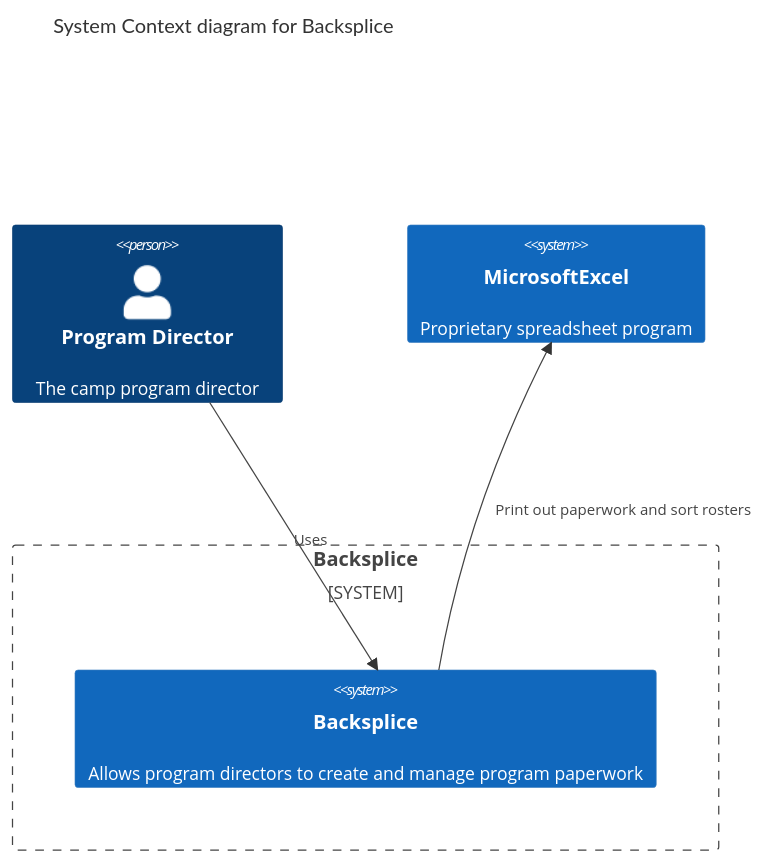
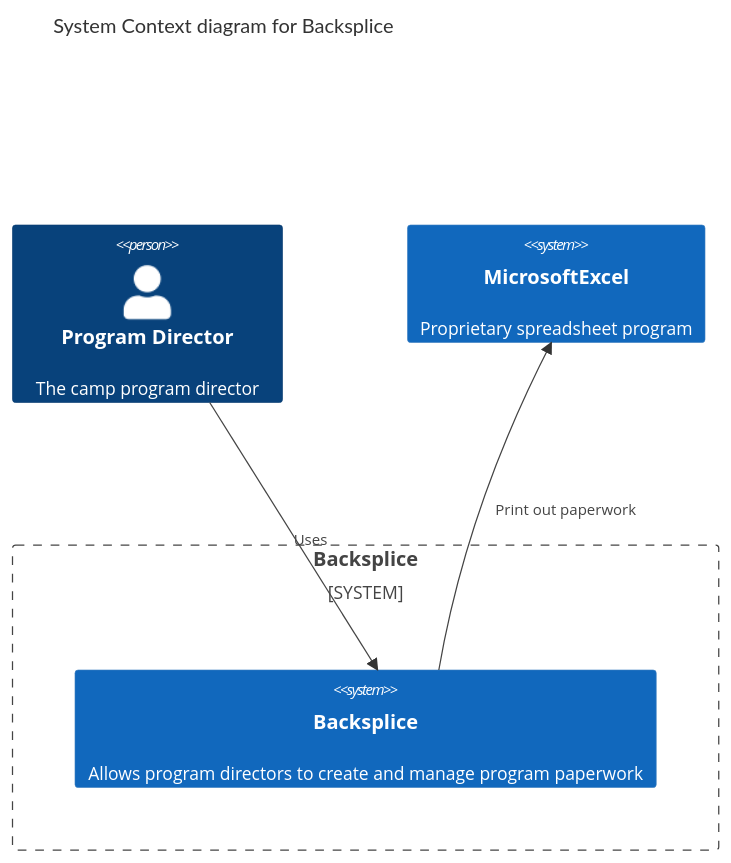
Before and after one commit to james-d-hasselman/Backsplice-Classic: the first of 20 diagrams in docs/architecture.md, drawn with Mermaid. The commit also changed other lines of this file and 5 other files, not shown here.

First line of the commit message:
Sort Doubleknot rosters with OpenXML SDK

````diff
--- a/docs/architecture.md
+++ b/docs/architecture.md
@@ -73,14 +73,14 @@
 ```mermaid
 C4Context
   title System Context diagram for Backsplice
 
   Person(ProgramDirector, "Program Director", "The camp program director")
   System_Boundary(BackspliceSystem, "Backsplice") {
     System(Backsplice, "Backsplice", "Allows program directors to create and 
     manage program paperwork")
   }
   System(Excel, "MicrosoftExcel", "Proprietary spreadsheet program")
 
   Rel(ProgramDirector, Backsplice, "Uses")
-  Rel(Backsplice, Excel, "Print out paperwork and sort rosters")
+  Rel(Backsplice, Excel, "Print out paperwork")
 ```
````
